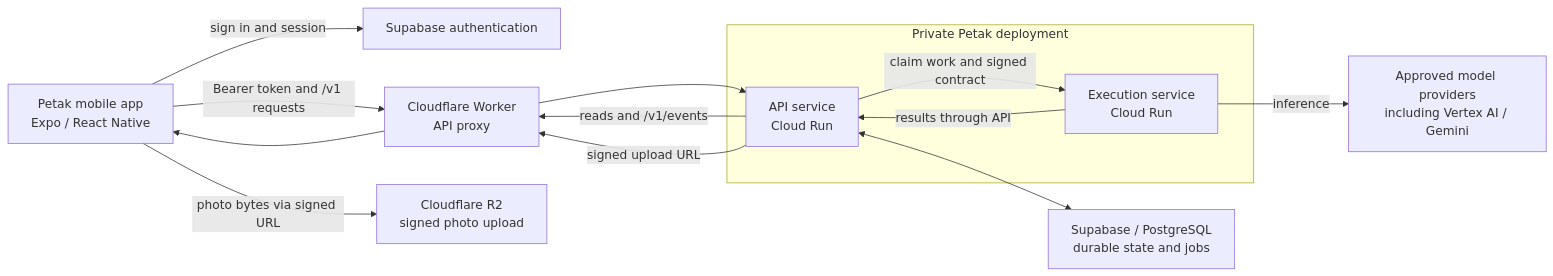
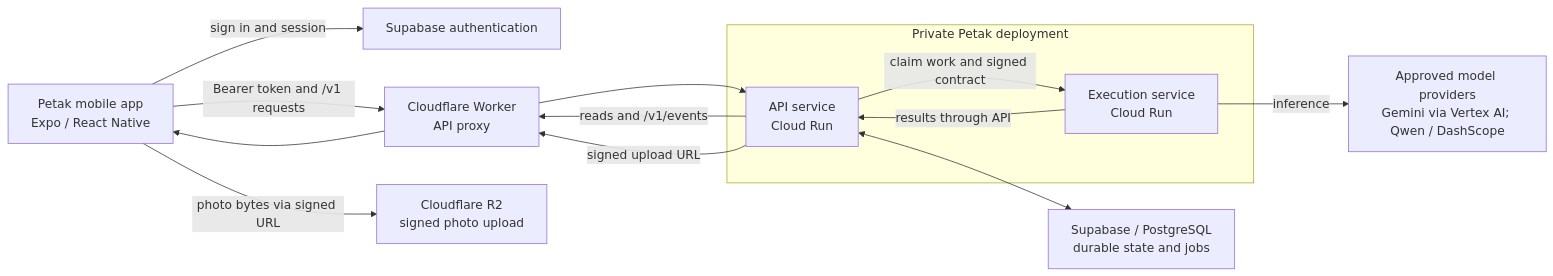
Before and after one commit to FhikarZul/petak-builder-cup-2026: the first of 3 diagrams in docs/architecture.md, drawn with Mermaid. The commit also changed other lines of this file and 5 other files, not shown here.

````diff
--- a/docs/architecture.md
+++ b/docs/architecture.md
@@ -19,24 +19,24 @@
 ```mermaid
 flowchart LR
   Mobile["Petak mobile app<br/>Expo / React Native"]
   Auth["Supabase authentication"]
   Proxy["Cloudflare Worker<br/>API proxy"]
   R2["Cloudflare R2<br/>signed photo upload"]
   subgraph Private["Private Petak deployment"]
     API["API service<br/>Cloud Run"]
     Execution["Execution service<br/>Cloud Run"]
   end
   DB["Supabase / PostgreSQL<br/>durable state and jobs"]
-  Models["Approved model providers<br/>including Vertex AI / Gemini"]
+  Models["Approved model providers<br/>Gemini via Vertex AI; Qwen / DashScope"]
   Mobile -->|sign in and session| Auth
   Mobile -->|Bearer token and /v1 requests| Proxy
   Proxy --> API
   API <--> DB
   API -->|claim work and signed contract| Execution
   Execution -->|inference| Models
   Execution -->|results through API| API
   API -->|reads and /v1/events| Proxy
   Proxy --> Mobile
   API -->|signed upload URL| Proxy
   Mobile -->|photo bytes via signed URL| R2
 ```
````
